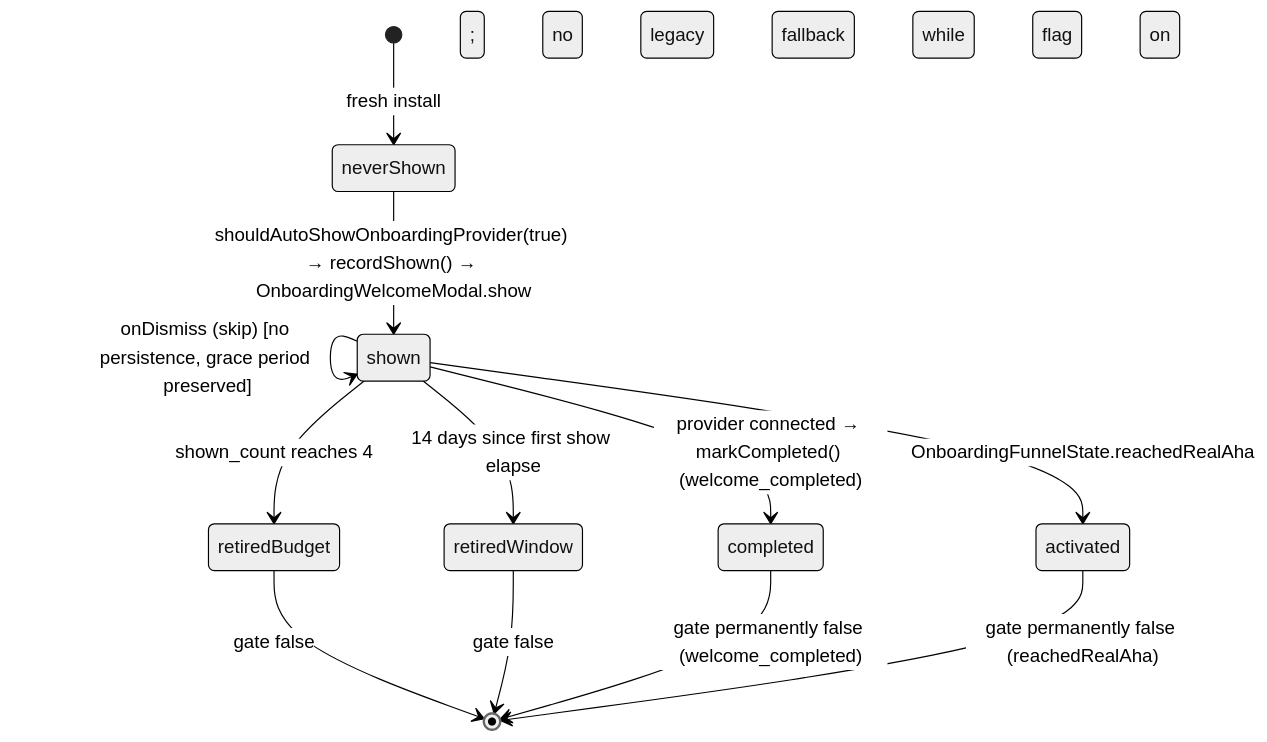
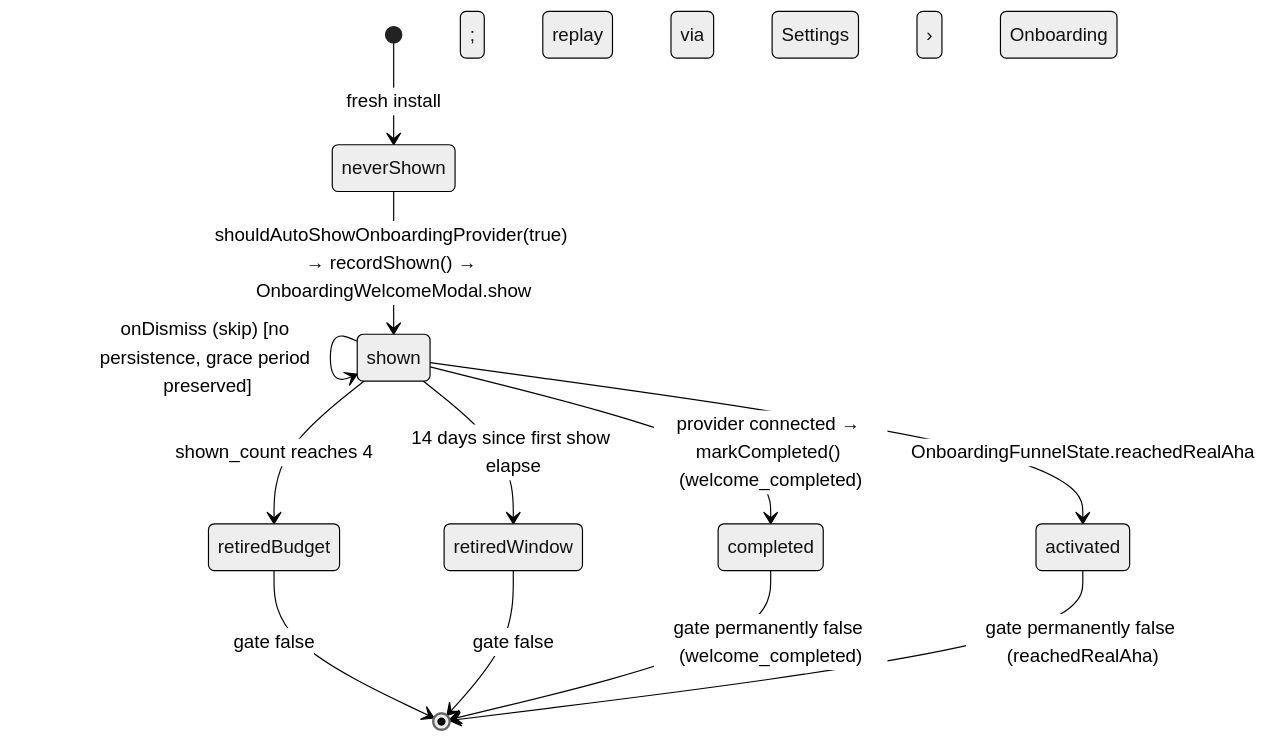
One commit to matthiasn/lotti changed the second of 7 diagrams in lib/features/onboarding/README.md. Above: the diagram before and after it, drawn with Mermaid (neutral theme). The commit also changed other lines of this file and 49 other files, not shown here.

Commit message:
feat: retire the onboarding FTUE flag and delete the legacy setup prompt (#3487)

````diff
--- a/lib/features/onboarding/README.md
+++ b/lib/features/onboarding/README.md
@@ -85,15 +83,15 @@
 ```mermaid
 stateDiagram-v2
     [*] --> neverShown: fresh install
     neverShown --> shown: shouldAutoShowOnboardingProvider(true) → recordShown() → OnboardingWelcomeModal.show
     shown --> shown: cold start, budget remains → recordShown() (shown_count += 1)
     shown --> shown: onDismiss (skip) [no persistence, grace period preserved]
     shown --> retiredBudget: shown_count reaches 4
     shown --> retiredWindow: 14 days since first show elapse
     shown --> completed: provider connected → markCompleted() (welcome_completed)
     shown --> activated: OnboardingFunnelState.reachedRealAha
-    retiredBudget --> [*]: gate false; no legacy fallback while flag on
-    retiredWindow --> [*]: gate false; no legacy fallback while flag on
+    retiredBudget --> [*]: gate false; replay via Settings › Onboarding
+    retiredWindow --> [*]: gate false; replay via Settings › Onboarding
     completed --> [*]: gate permanently false (welcome_completed)
     activated --> [*]: gate permanently false (reachedRealAha)
 ```
````
